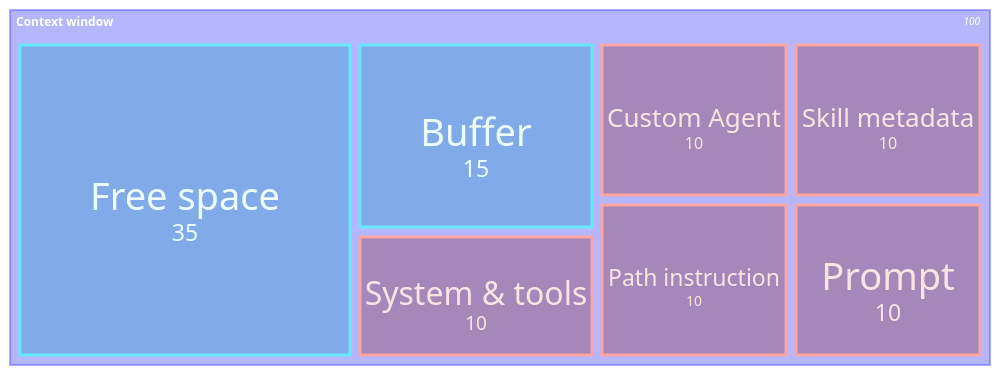
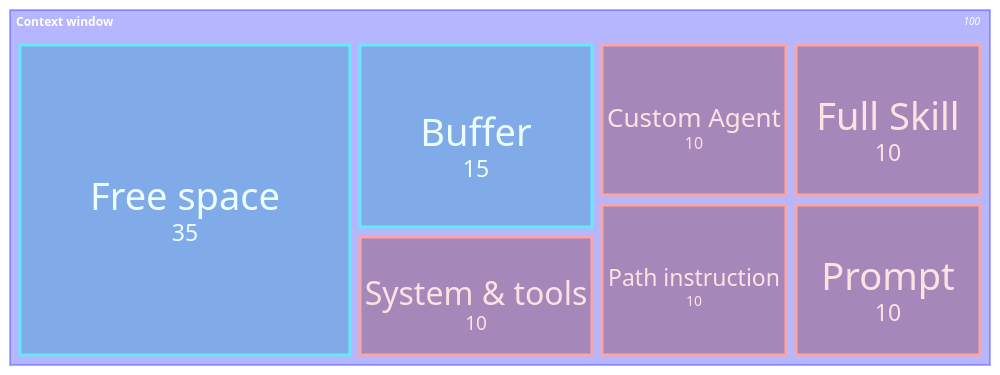
The third of 5 diagrams in src/content/glossary/context-engineering.md (theomonfort/theomonfort), drawn with Mermaid before and after one commit.

Commit message:
Rename skill context label

````diff
--- a/src/content/glossary/context-engineering.md
+++ b/src/content/glossary/context-engineering.md
@@ -71,13 +71,13 @@
 ```mermaid
 treemap-beta
 "Context window"
   "System & tools": 10:::used
   "Custom Agent": 10:::used
   "Path instruction": 10:::used
-  "Skill metadata": 10:::used
+  "Full Skill": 10:::used
   "Prompt": 10:::used
   "Free space": 35:::free
   "Buffer": 15:::free
 classDef used fill:#7f1d1d,stroke:#fca5a5,color:#fee2e2
 classDef free fill:#0891b2,stroke:#67e8f9,color:#ecfeff
 ```
````
